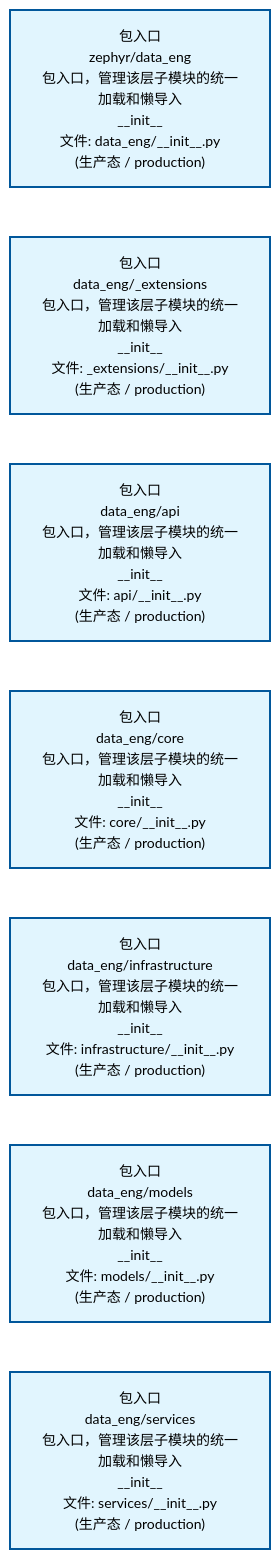
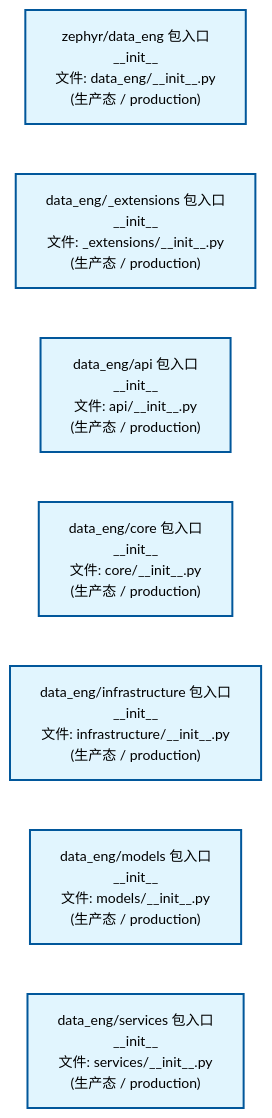
Before and after one commit to xuanFelixVan/ZephyrAlpha: the second of 2 diagrams in docs/02_enterprise_architecture/02_domain_architecture_docs/12_d_data_eng.md, drawn with Mermaid. The commit also changed other lines of this file and 61 other files, not shown here.

````diff
--- a/docs/02_enterprise_architecture/02_domain_architecture_docs/12_d_data_eng.md
+++ b/docs/02_enterprise_architecture/02_domain_architecture_docs/12_d_data_eng.md
@@ -80,22 +80,22 @@
 ```mermaid
 %%{init: {'theme': 'base', 'themeVariables': {'primaryColor': '#eaeaea', 'primaryTextColor': '#333333', 'primaryBorderColor': '#666666', 'lineColor': '#666666', 'secondaryColor': '#eaeaea', 'tertiaryColor': '#eaeaea', 'fontSize': '14px'}}}%%
 flowchart TD
-    src_zephyr_data_eng_init_py["包入口<br/>zephyr/data_eng<br/>包入口，管理该层子模块的统一加载和懒导入<br/>__init__<br/>文件: data_eng/__init__.py<br/>(生产态 / production)"]
-    src_zephyr_data_eng_extensions_init_py["包入口<br/>data_eng/_extensions<br/>包入口，管理该层子模块的统一加载和懒导入<br/>__init__<br/>文件: _extensions/__init__.py<br/>(生产态 / production)"]
-    src_zephyr_data_eng_api_init_py["包入口<br/>data_eng/api<br/>包入口，管理该层子模块的统一加载和懒导入<br/>__init__<br/>文件: api/__init__.py<br/>(生产态 / production)"]
-    src_zephyr_data_eng_core_init_py["包入口<br/>data_eng/core<br/>包入口，管理该层子模块的统一加载和懒导入<br/>__init__<br/>文件: core/__init__.py<br/>(生产态 / production)"]
-    src_zephyr_data_eng_infrastructure_init_py["包入口<br/>data_eng/infrastructure<br/>包入口，管理该层子模块的统一加载和懒导入<br/>__init__<br/>文件: infrastructure/__init__.py<br/>(生产态 / production)"]
-    src_zephyr_data_eng_models_init_py["包入口<br/>data_eng/models<br/>包入口，管理该层子模块的统一加载和懒导入<br/>__init__<br/>文件: models/__init__.py<br/>(生产态 / production)"]
-    src_zephyr_data_eng_services_init_py["包入口<br/>data_eng/services<br/>包入口，管理该层子模块的统一加载和懒导入<br/>__init__<br/>文件: services/__init__.py<br/>(生产态 / production)"]
+    src_zephyr_data_eng_init_py["zephyr/data_eng 包入口<br/>__init__<br/>文件: data_eng/__init__.py<br/>(生产态 / production)"]
+    src_zephyr_data_eng_extensions_init_py["data_eng/_extensions 包入口<br/>__init__<br/>文件: _extensions/__init__.py<br/>(生产态 / production)"]
+    src_zephyr_data_eng_api_init_py["data_eng/api 包入口<br/>__init__<br/>文件: api/__init__.py<br/>(生产态 / production)"]
+    src_zephyr_data_eng_core_init_py["data_eng/core 包入口<br/>__init__<br/>文件: core/__init__.py<br/>(生产态 / production)"]
+    src_zephyr_data_eng_infrastructure_init_py["data_eng/infrastructure 包入口<br/>__init__<br/>文件: infrastructure/__init__.py<br/>(生产态 / production)"]
+    src_zephyr_data_eng_models_init_py["data_eng/models 包入口<br/>__init__<br/>文件: models/__init__.py<br/>(生产态 / production)"]
+    src_zephyr_data_eng_services_init_py["data_eng/services 包入口<br/>__init__<br/>文件: services/__init__.py<br/>(生产态 / production)"]
     src_zephyr_data_eng_init_py ~~~ src_zephyr_data_eng_extensions_init_py
     src_zephyr_data_eng_extensions_init_py ~~~ src_zephyr_data_eng_api_init_py
     src_zephyr_data_eng_api_init_py ~~~ src_zephyr_data_eng_core_init_py
     src_zephyr_data_eng_core_init_py ~~~ src_zephyr_data_eng_infrastructure_init_py
     src_zephyr_data_eng_infrastructure_init_py ~~~ src_zephyr_data_eng_models_init_py
     src_zephyr_data_eng_models_init_py ~~~ src_zephyr_data_eng_services_init_py
     classDef production fill:#e1f5fe,stroke:#01579b,stroke-width:2px,color:#000
     classDef design fill:#fff3e0,stroke:#e65100,stroke-width:2px,color:#000,stroke-dasharray: 5 5
     classDef external_prod fill:#e8f4fd,stroke:#0277bd,stroke-width:1px,color:#000
     classDef external_design fill:#fff8e7,stroke:#ef6c00,stroke-width:1px,color:#000,stroke-dasharray: 5 5
     class src_zephyr_data_eng_init_py,src_zephyr_data_eng_extensions_init_py,src_zephyr_data_eng_api_init_py,src_zephyr_data_eng_core_init_py,src_zephyr_data_eng_infrastructure_init_py,src_zephyr_data_eng_models_init_py,src_zephyr_data_eng_services_init_py production
 ```
````
